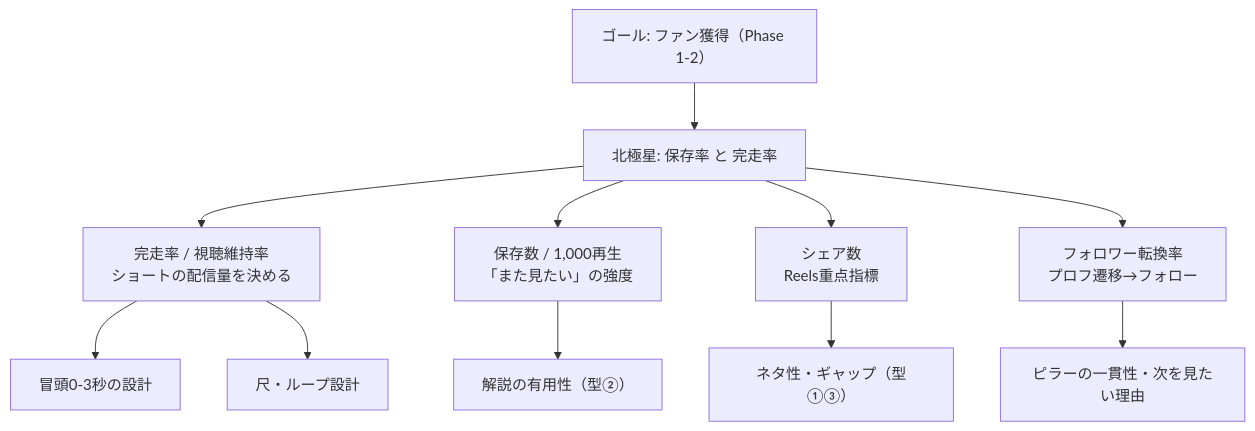
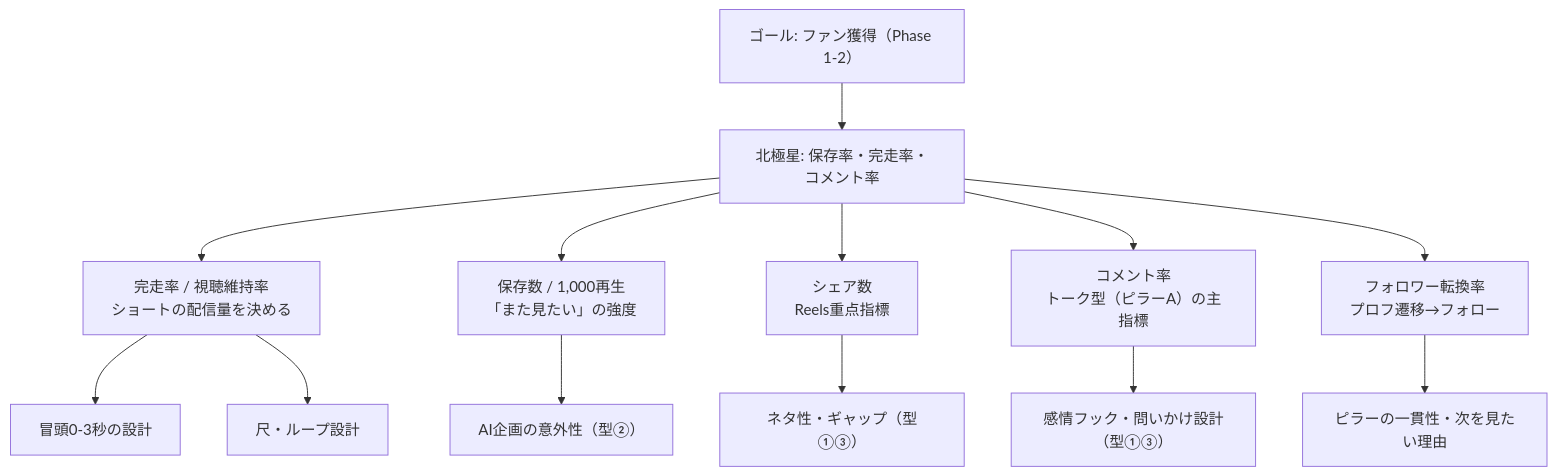
One commit to bashaka-sawabe/personal-sns-operation changed the diagram in docs/06_KPI・運用.md. Above: the diagram before and after it, drawn with Mermaid. The commit also changed other lines of this file and 8 other files, not shown here.

````diff
--- a/docs/06_KPI・運用.md
+++ b/docs/06_KPI・運用.md
@@ -9,13 +9,15 @@
 ```mermaid
 flowchart TD
-    G["ゴール: ファン獲得（Phase 1-2）"] --> N["北極星: 保存率 と 完走率"]
+    G["ゴール: ファン獲得（Phase 1-2）"] --> N["北極星: 保存率・完走率・コメント率"]
     N --> K1["完走率 / 視聴維持率<br/>ショートの配信量を決める"]
     N --> K2["保存数 / 1,000再生<br/>「また見たい」の強度"]
     N --> K3["シェア数<br/>Reels重点指標"]
     K1 --> S1["冒頭0-3秒の設計"]
     K1 --> S2["尺・ループ設計"]
-    K2 --> S3["解説の有用性（型②）"]
+    K2 --> S3["AI企画の意外性（型②）"]
     K3 --> S4["ネタ性・ギャップ（型①③）"]
+    N --> K4["コメント率<br/>トーク型（ピラーA）の主指標"]
+    K4 --> S6["感情フック・問いかけ設計（型①③）"]
     N --> F["フォロワー転換率<br/>プロフ遷移→フォロー"]
     F --> S5["ピラーの一貫性・次を見たい理由"]
 ```
````
